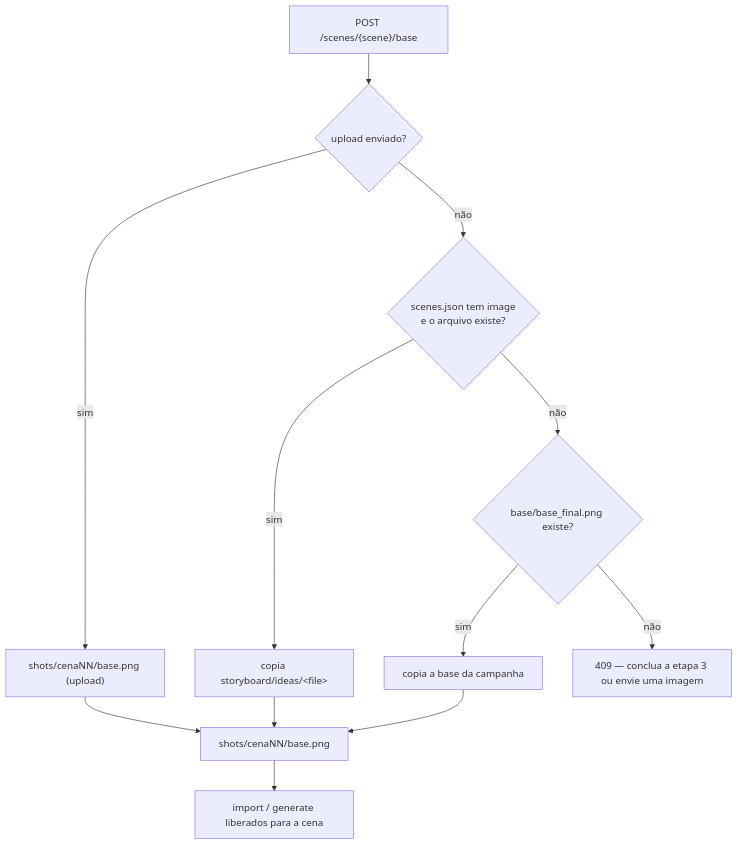
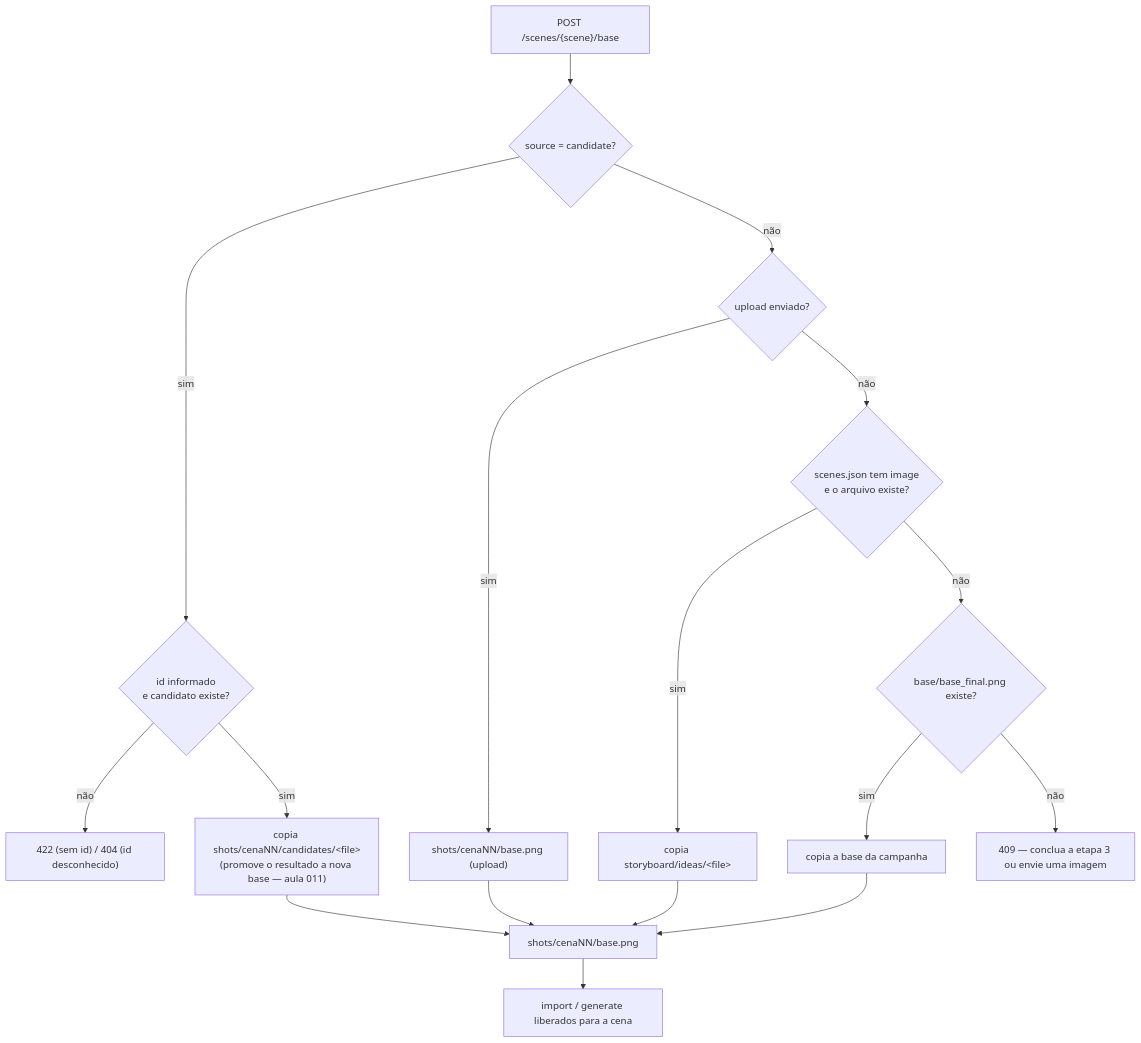
One commit to Arthur-Diego/orquestrador-studio changed the second of 5 diagrams in docs/domains/shots/diagrams/mermaid/shots-fluxo.md. Above: the diagram before and after it, drawn with Mermaid. The commit also changed other lines of this file and 10 other files, not shown here.

````diff
--- a/docs/domains/shots/diagrams/mermaid/shots-fluxo.md
+++ b/docs/domains/shots/diagrams/mermaid/shots-fluxo.md
@@ -41,14 +46,19 @@
 ```mermaid
 flowchart TD
-  A["POST /scenes/{scene}/base"] --> B{upload enviado?}
+  A["POST /scenes/{scene}/base"] --> K{"source = candidate?"}
+  K -- sim --> KC{"id informado<br/>e candidato existe?"}
+  KC -- não --> KE["422 (sem id) / 404 (id desconhecido)"]
+  KC -- sim --> KP["copia shots/cenaNN/candidates/&lt;file&gt;<br/>(promove o resultado a nova base — aula 011)"]
+  KP --> H
+  K -- não --> B{upload enviado?}
   B -- sim --> U["shots/cenaNN/base.png (upload)"]
   B -- não --> C{"scenes.json tem image<br/>e o arquivo existe?"}
   C -- sim --> D["copia storyboard/ideas/&lt;file&gt;"]
   C -- não --> E{"base/base_final.png existe?"}
   E -- sim --> F["copia a base da campanha"]
   E -- não --> G["409 — conclua a etapa 3 ou envie uma imagem"]
   D --> H["shots/cenaNN/base.png"]
   F --> H
   U --> H
   H --> I["import / generate liberados para a cena"]
 ```
````
